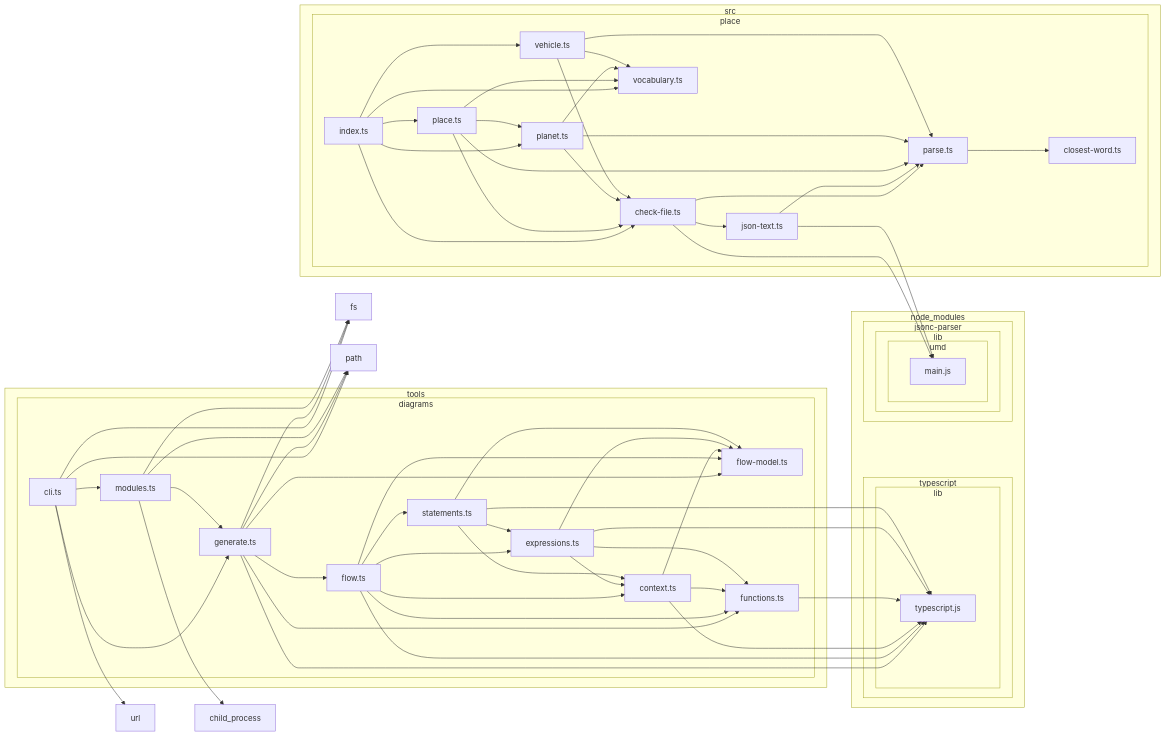
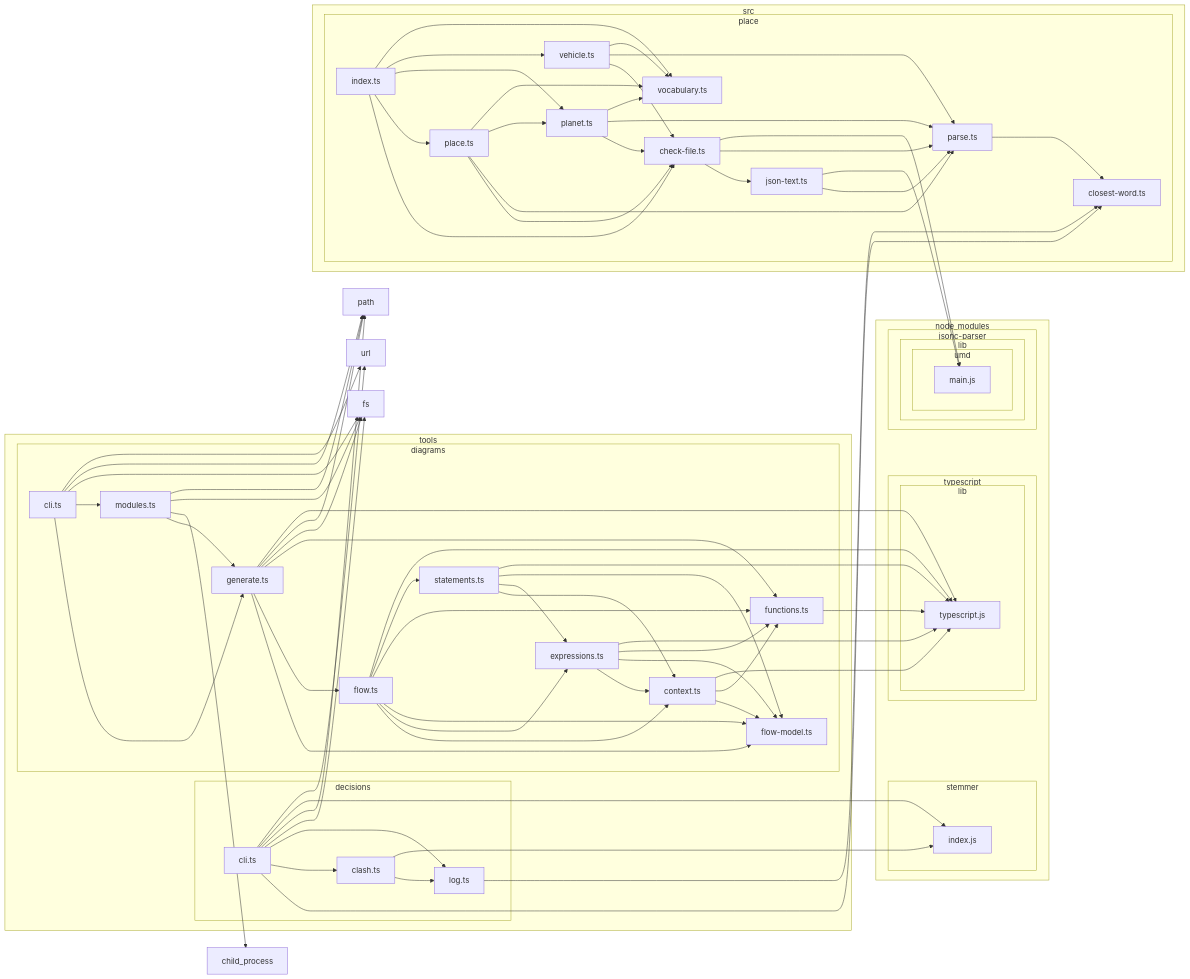
One commit to NewDara-Star/world-engine changed the diagram in docs/flows/modules.md. Above: the diagram before and after it, drawn with Mermaid. The commit also changed 9 other files, not shown here.

First line of the commit message:
Clash check: npm run decisions -- check "<text>" --tags a,b (Scope 004 item 4)

````diff
--- a/docs/flows/modules.md
+++ b/docs/flows/modules.md
@@ -26,29 +26,37 @@
 end
 end
 end
-subgraph N["typescript"]
-subgraph O["lib"]
-P["typescript.js"]
+subgraph J["stemmer"]
+K["index.js"]
+end
+subgraph T["typescript"]
+subgraph U["lib"]
+V["typescript.js"]
 end
 end
 end
 subgraph G["tools"]
-subgraph H["diagrams"]
-I["cli.ts"]
-M["generate.ts"]
-Q["flow-model.ts"]
-R["flow.ts"]
-S["context.ts"]
-T["functions.ts"]
-U["expressions.ts"]
-V["statements.ts"]
-W["modules.ts"]
+subgraph H["decisions"]
+I["clash.ts"]
+L["log.ts"]
+M["cli.ts"]
+end
+subgraph Q["diagrams"]
+R["cli.ts"]
+S["generate.ts"]
+W["flow-model.ts"]
+X["flow.ts"]
+Y["context.ts"]
+Z["functions.ts"]
+10["expressions.ts"]
+11["statements.ts"]
+12["modules.ts"]
 end
 end
-J["fs"]
-K["path"]
-L["url"]
-X["child_process"]
+N["fs"]
+O["path"]
+P["url"]
+13["child_process"]
 2-->8
 2-->9
 2-->7
@@ -70,37 +78,47 @@
 F-->2
 F-->9
 F-->E
-I-->M
-I-->W
-I-->J
+I-->L
 I-->K
-I-->L
-M-->Q
-M-->R
-M-->T
-M-->J
+L-->A
+M-->A
+M-->I
+M-->L
+M-->N
+M-->O
 M-->K
 M-->P
 R-->S
-R-->U
-R-->Q
-R-->T
-R-->V
+R-->12
+R-->N
+R-->O
 R-->P
-S-->Q
-S-->T
-S-->P
-T-->P
-U-->S
-U-->Q
-U-->T
-U-->P
-V-->S
-V-->U
-V-->Q
-V-->P
-W-->M
-W-->X
-W-->J
-W-->K
+S-->W
+S-->X
+S-->Z
+S-->N
+S-->O
+S-->V
+X-->Y
+X-->10
+X-->W
+X-->Z
+X-->11
+X-->V
+Y-->W
+Y-->Z
+Y-->V
+Z-->V
+10-->Y
+10-->W
+10-->Z
+10-->V
+11-->Y
+11-->10
+11-->W
+11-->V
+12-->S
+12-->13
+12-->N
+12-->O
 ```
````
